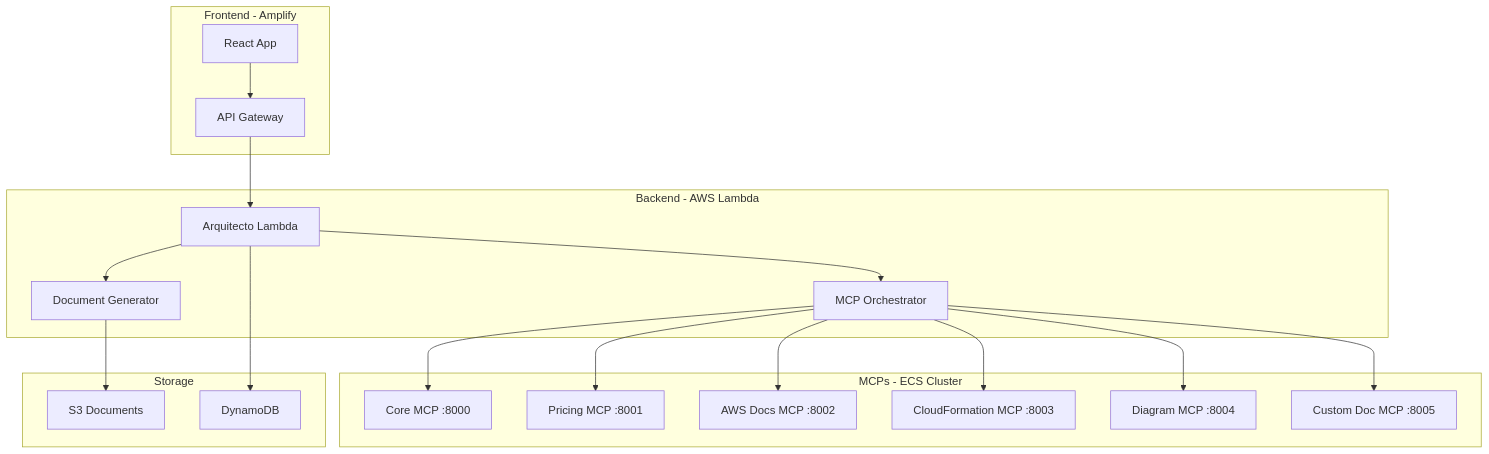
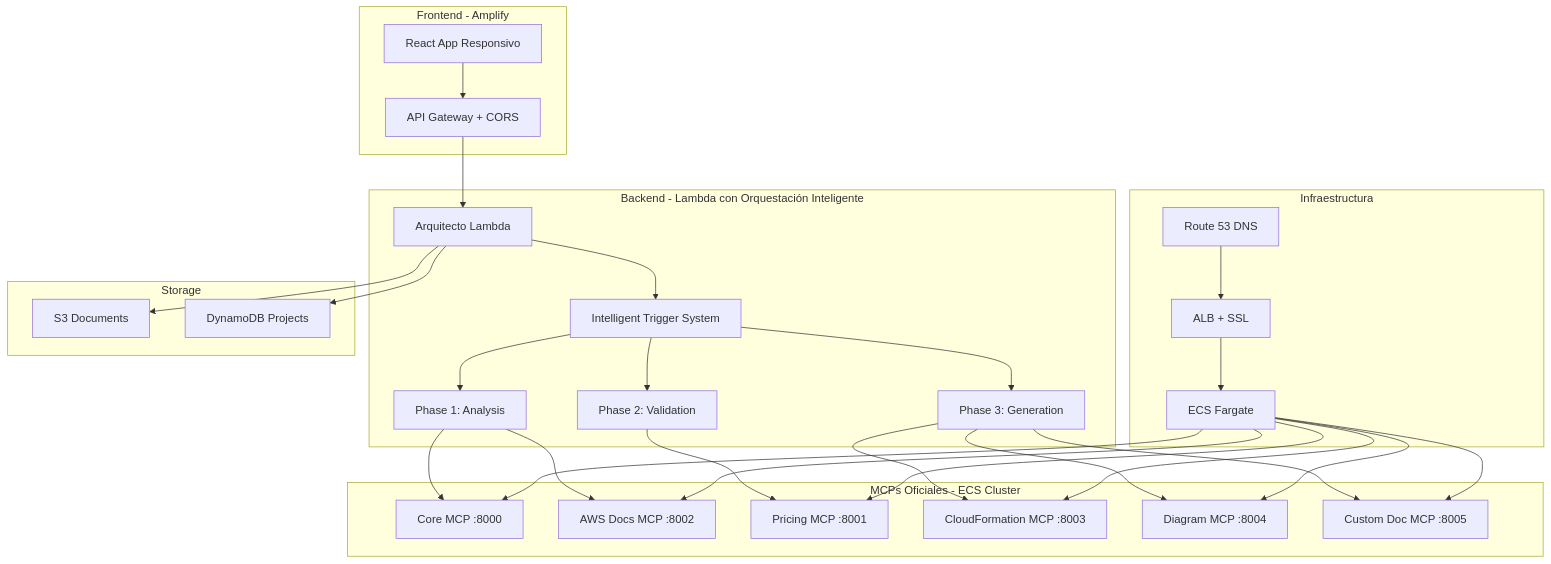
The diagram in README.md (coedaniel/aws-propuestas-v3), drawn with Mermaid before and after one commit. The commit also changed other lines of this file and 7 other files, not shown here.

````diff
--- a/README.md
+++ b/README.md
@@ -21,26 +23,39 @@
 ```mermaid
 graph TB
     subgraph "Frontend - Amplify"
-        A[React App] --> B[API Gateway]
+        A[React App Responsivo] --> B[API Gateway + CORS]
     end
     
-    subgraph "Backend - AWS Lambda"
+    subgraph "Backend - Lambda con Orquestación Inteligente"
         B --> C[Arquitecto Lambda]
-        C --> D[MCP Orchestrator]
-        C --> E[Document Generator]
+        C --> D[Intelligent Trigger System]
+        D --> E[Phase 1: Analysis]
+        D --> F[Phase 2: Validation] 
+        D --> G[Phase 3: Generation]
     end
     
-    subgraph "MCPs - ECS Cluster"
-        D --> F[Core MCP :8000]
-        D --> G[Pricing MCP :8001]
-        D --> H[AWS Docs MCP :8002]
-        D --> I[CloudFormation MCP :8003]
-        D --> J[Diagram MCP :8004]
-        D --> K[Custom Doc MCP :8005]
+    subgraph "MCPs Oficiales - ECS Cluster"
+        E --> H[Core MCP :8000]
+        E --> I[AWS Docs MCP :8002]
+        F --> J[Pricing MCP :8001]
+        G --> K[CloudFormation MCP :8003]
+        G --> L[Diagram MCP :8004]
+        G --> M[Custom Doc MCP :8005]
+    end
+    
+    subgraph "Infraestructura"
+        N[Route 53 DNS] --> O[ALB + SSL]
+        O --> P[ECS Fargate]
+        P --> H
+        P --> I
+        P --> J
+        P --> K
+        P --> L
+        P --> M
     end
     
     subgraph "Storage"
-        E --> L[S3 Documents]
-        C --> M[DynamoDB]
+        C --> Q[S3 Documents]
+        C --> R[DynamoDB Projects]
     end
 ```
````
